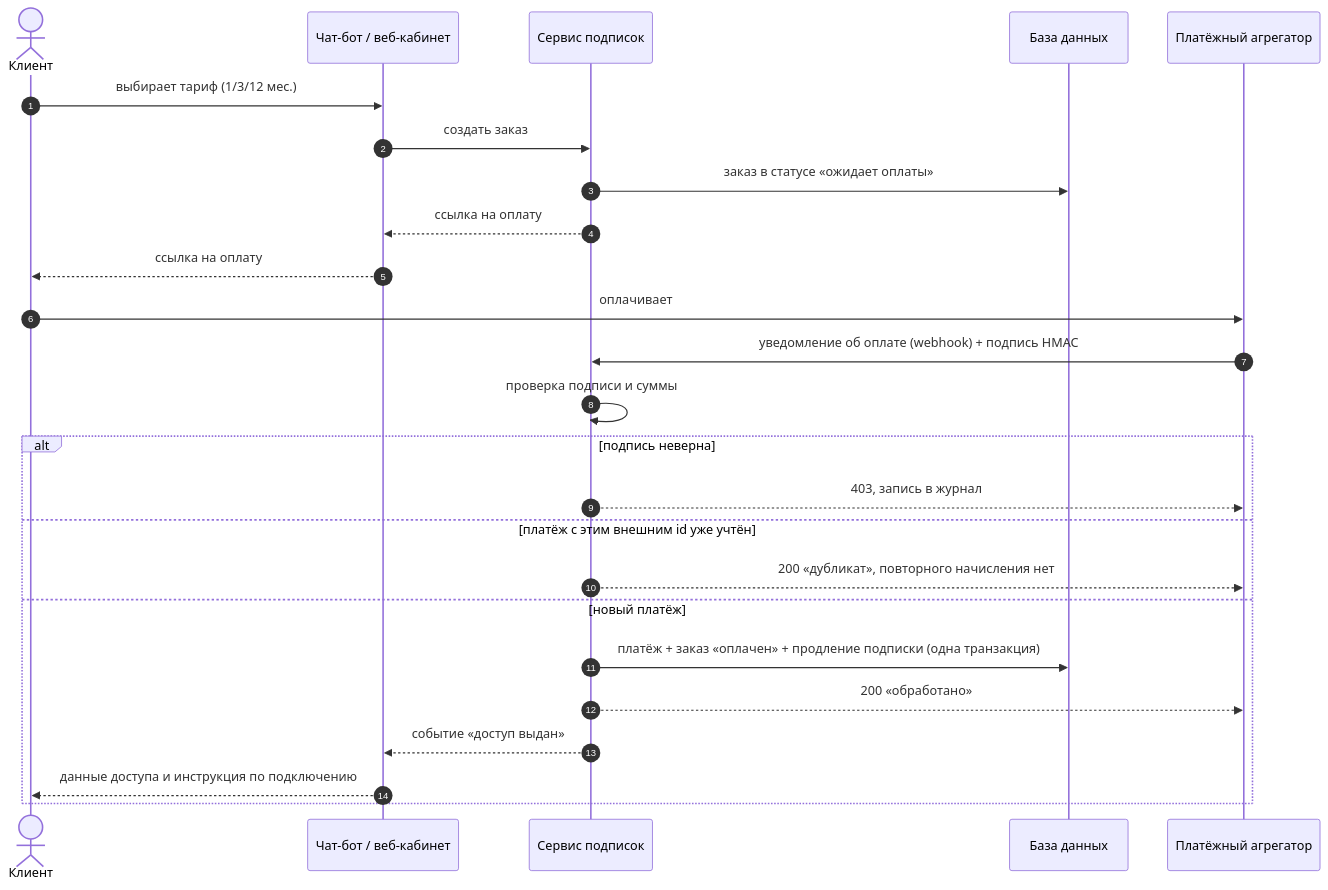
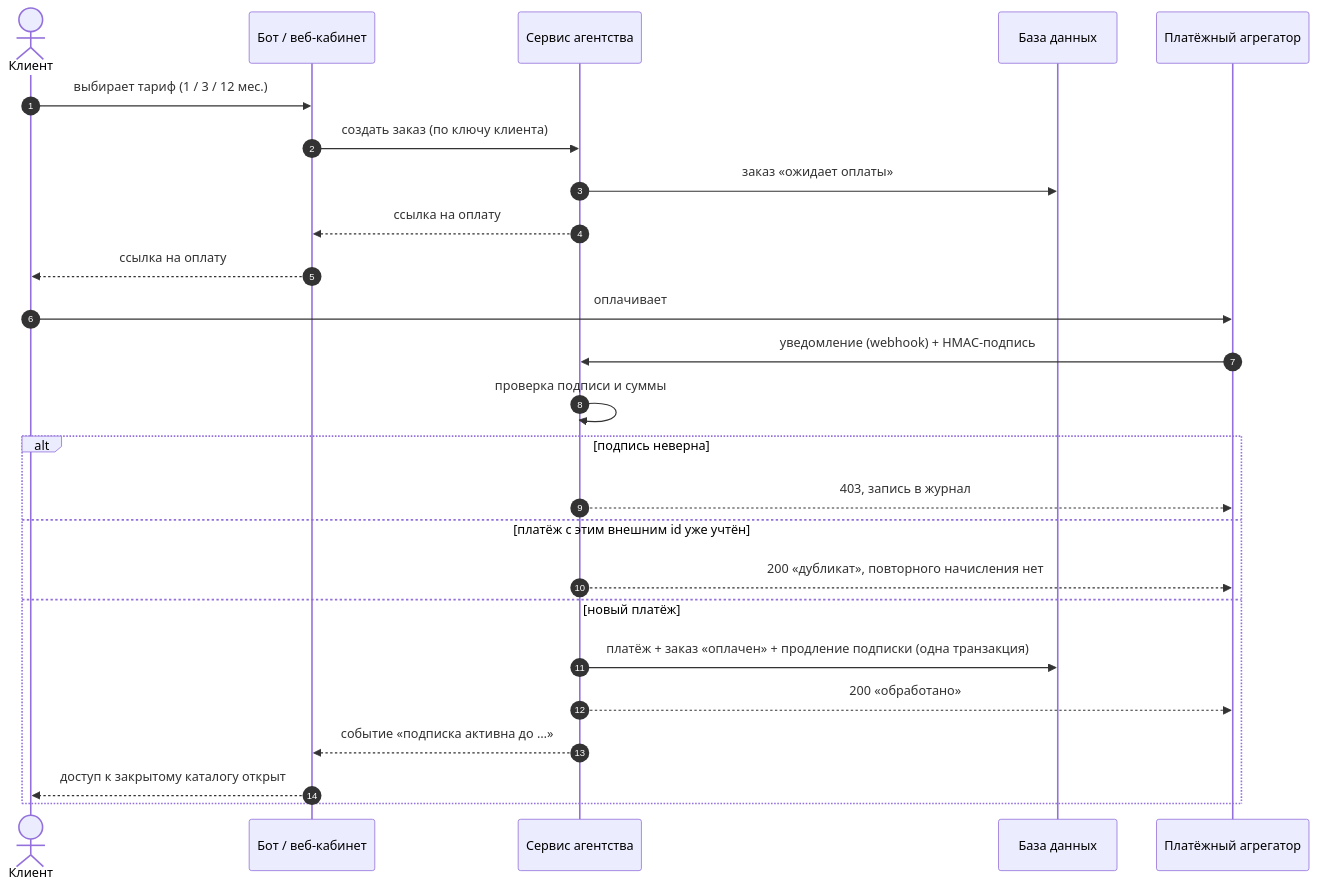
Before and after one commit to Dv2Corn/kursovaya: the second of 9 diagrams in docs/03-proekt-to-be.md, drawn with Mermaid. The commit also changed other lines of this file and 4 other files, not shown here.

Commit message:
Курсовая под кейс «Квартирант плюс»: README, введение со сменой бизнес-модели, анализ «как есть», целевые процессы и архитектура со схемами

````diff
--- a/docs/03-proekt-to-be.md
+++ b/docs/03-proekt-to-be.md
@@ -29,27 +89,27 @@
 ```mermaid
 sequenceDiagram
     autonumber
     actor Client as Клиент
-    participant Bot as Чат-бот / веб-кабинет
-    participant Svc as Сервис подписок
+    participant Bot as Бот / веб-кабинет
+    participant Svc as Сервис агентства
     participant DB as База данных
     participant PSP as Платёжный агрегатор
-    Client->>Bot: выбирает тариф (1/3/12 мес.)
-    Bot->>Svc: создать заказ
-    Svc->>DB: заказ в статусе «ожидает оплаты»
+    Client->>Bot: выбирает тариф (1 / 3 / 12 мес.)
+    Bot->>Svc: создать заказ (по ключу клиента)
+    Svc->>DB: заказ «ожидает оплаты»
     Svc-->>Bot: ссылка на оплату
     Bot-->>Client: ссылка на оплату
     Client->>PSP: оплачивает
-    PSP->>Svc: уведомление об оплате (webhook) + подпись HMAC
+    PSP->>Svc: уведомление (webhook) + HMAC-подпись
     Svc->>Svc: проверка подписи и суммы
     alt подпись неверна
         Svc-->>PSP: 403, запись в журнал
     else платёж с этим внешним id уже учтён
         Svc-->>PSP: 200 «дубликат», повторного начисления нет
     else новый платёж
         Svc->>DB: платёж + заказ «оплачен» + продление подписки (одна транзакция)
         Svc-->>PSP: 200 «обработано»
-        Svc-->>Bot: событие «доступ выдан»
-        Bot-->>Client: данные доступа и инструкция по подключению
+        Svc-->>Bot: событие «подписка активна до …»
+        Bot-->>Client: доступ к закрытому каталогу открыт
     end
 ```
````
